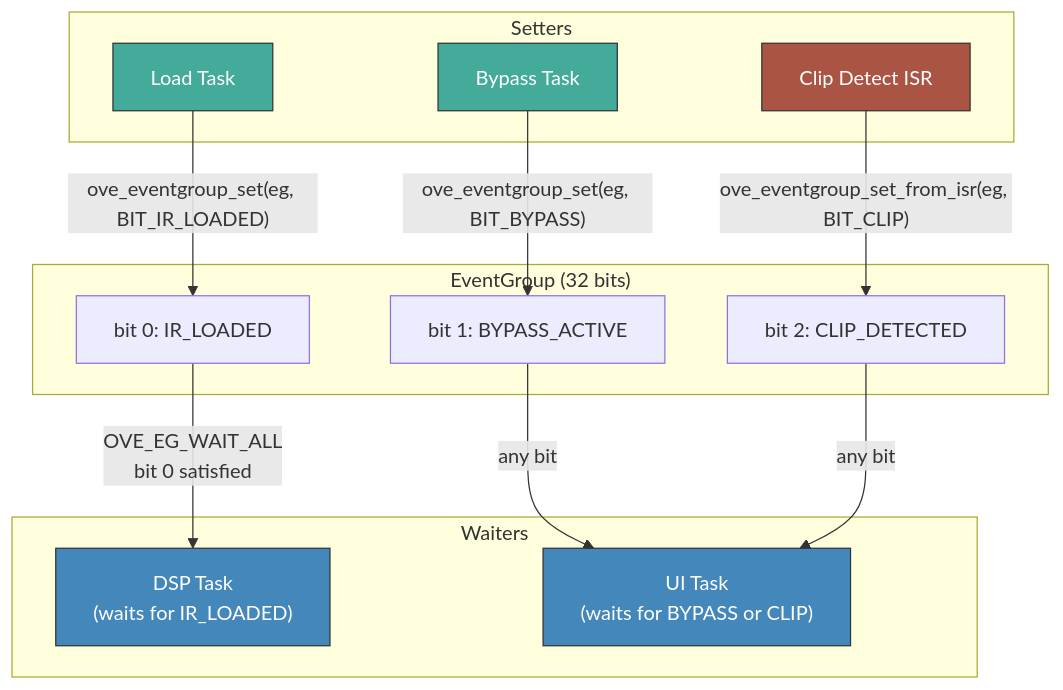
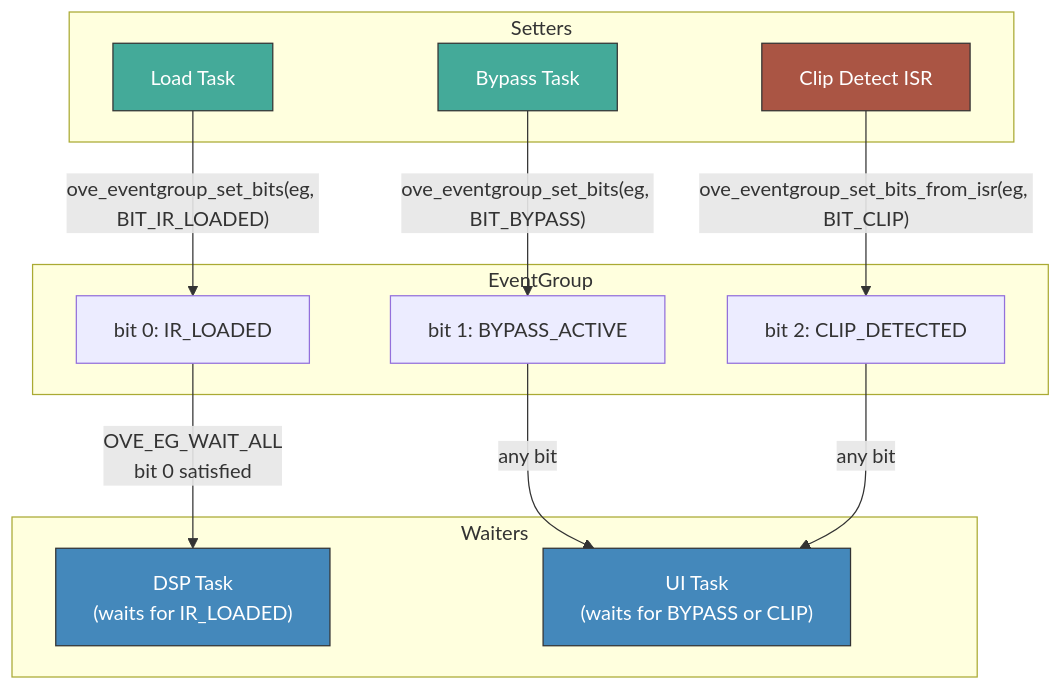
One commit to Varcain/oveRTOS changed the third of 4 diagrams in docs-site/docs/api/ipc.md. Above: the diagram before and after it, drawn with Mermaid. The commit also changed other lines of this file and 20 other files, not shown here.

````diff
--- a/docs-site/docs/api/ipc.md
+++ b/docs-site/docs/api/ipc.md
@@ -113,33 +122,33 @@
 ```mermaid
 graph TB
     subgraph Setters
         T1["Load Task"]
         T2["Bypass Task"]
         T3["Clip Detect ISR"]
     end
 
-    subgraph EG["EventGroup  (32 bits)"]
+    subgraph EG["EventGroup"]
         B0["bit 0: IR_LOADED"]
         B1["bit 1: BYPASS_ACTIVE"]
         B2["bit 2: CLIP_DETECTED"]
     end
 
     subgraph Waiters
         DSP["DSP Task\n(waits for IR_LOADED)"]
         UI["UI Task\n(waits for BYPASS or CLIP)"]
     end
 
-    T1 -->|"ove_eventgroup_set(eg, BIT_IR_LOADED)"| B0
-    T2 -->|"ove_eventgroup_set(eg, BIT_BYPASS)"| B1
-    T3 -->|"ove_eventgroup_set_from_isr(eg, BIT_CLIP)"| B2
+    T1 -->|"ove_eventgroup_set_bits(eg, BIT_IR_LOADED)"| B0
+    T2 -->|"ove_eventgroup_set_bits(eg, BIT_BYPASS)"| B1
+    T3 -->|"ove_eventgroup_set_bits_from_isr(eg, BIT_CLIP)"| B2
 
     B0 -->|"OVE_EG_WAIT_ALL\nbit 0 satisfied"| DSP
     B1 -->|"any bit"| UI
     B2 -->|"any bit"| UI
 
     style T1 fill:#4a9,stroke:#333,color:#fff
     style T2 fill:#4a9,stroke:#333,color:#fff
     style T3 fill:#a54,stroke:#333,color:#fff
     style DSP fill:#48b,stroke:#333,color:#fff
     style UI  fill:#48b,stroke:#333,color:#fff
 ```
````
